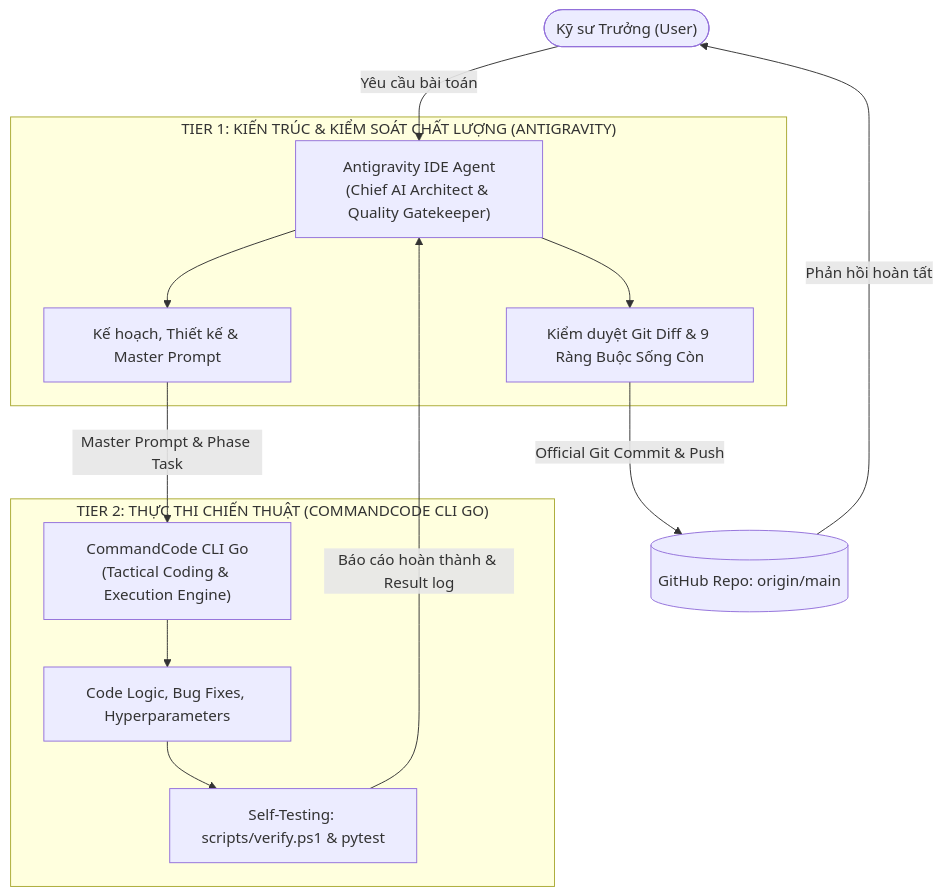
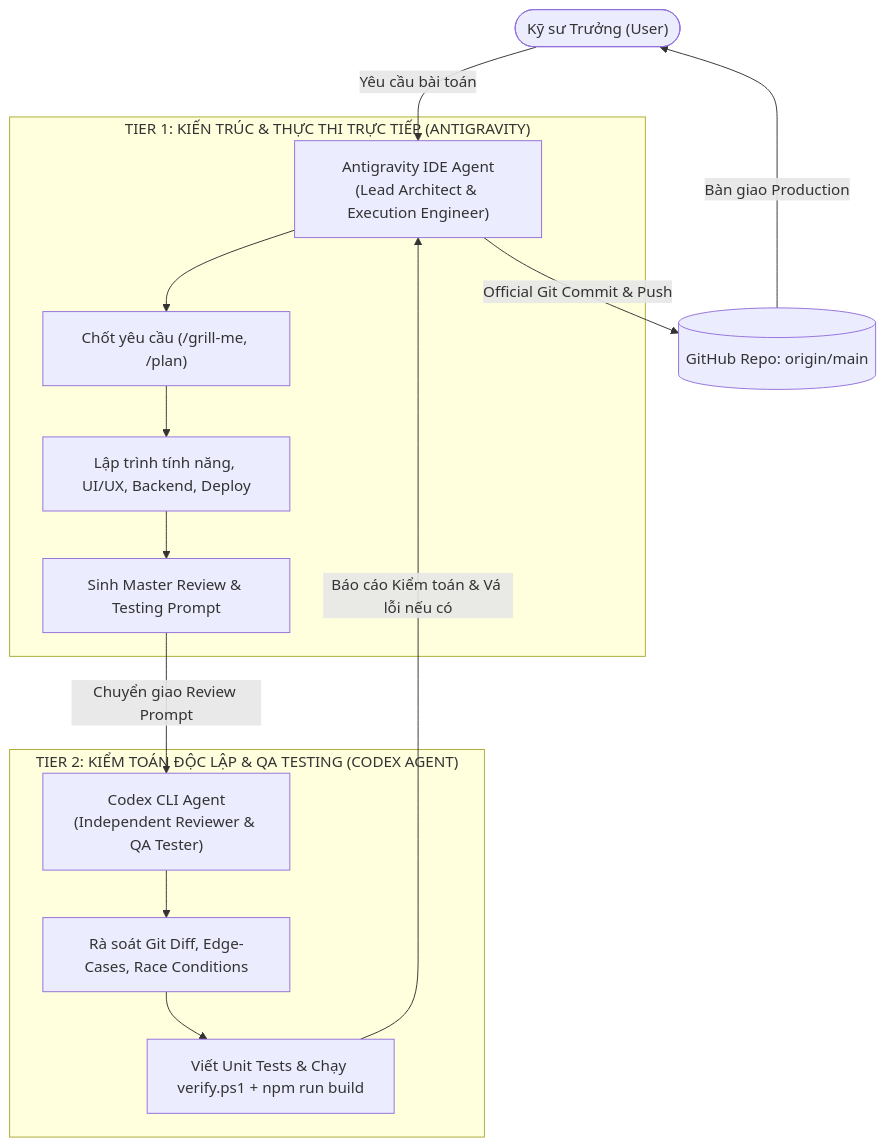
Before and after one commit to philipsgn/LungRay: the first of 2 diagrams in AGENTS.md, drawn with Mermaid. The commit also changed other lines of this file and 1 other file, not shown here.

Commit message:
docs(agents): establish Antigravity (Executor) <-> Codex (Independent Reviewer & QA Tester) workflow

````diff
--- a/AGENTS.md
+++ b/AGENTS.md
@@ -88,28 +89,30 @@
 ```mermaid
 graph TD
     User(["Kỹ sư Trưởng (User)"])
     
-    subgraph GovernanceTier ["TIER 1: KIẾN TRÚC & KIỂM SOÁT CHẤT LƯỢNG (ANTIGRAVITY)"]
-        AG["Antigravity IDE Agent\n(Chief AI Architect & Quality Gatekeeper)"]
-        Plan["Kế hoạch, Thiết kế & Master Prompt"]
-        Gate["Kiểm duyệt Git Diff & 9 Ràng Buộc Sống Còn"]
+    subgraph BuilderTier ["TIER 1: KIẾN TRÚC & THỰC THI TRỰC TIẾP (ANTIGRAVITY)"]
+        AG["Antigravity IDE Agent\n(Lead Architect & Execution Engineer)"]
+        Plan["Chốt yêu cầu (/grill-me, /plan)"]
+        Build["Lập trình tính năng, UI/UX, Backend, Deploy"]
+        Prompt["Sinh Master Review & Testing Prompt"]
     end
 
-    subgraph TacticalTier ["TIER 2: THỰC THI CHIẾN THUẬT (COMMANDCODE CLI GO)"]
-        CC["CommandCode CLI Go\n(Tactical Coding & Execution Engine)"]
-        Code["Code Logic, Bug Fixes, Hyperparameters"]
-        Test["Self-Testing: scripts/verify.ps1 & pytest"]
+    subgraph ReviewerTier ["TIER 2: KIỂM TOÁN ĐỘC LẬP & QA TESTING (CODEX AGENT)"]
+        CX["Codex CLI Agent\n(Independent Reviewer & QA Tester)"]
+        Audit["Rà soát Git Diff, Edge-Cases, Race Conditions"]
+        QA["Viết Unit Tests & Chạy verify.ps1 + npm run build"]
     end
 
     Git[("GitHub Repo: origin/main")]
 
     User -->|Yêu cầu bài toán| AG
     AG --> Plan
-    Plan -->|Master Prompt & Phase Task| CC
-    CC --> Code
-    Code --> Test
-    Test -->|Báo cáo hoàn thành & Result log| AG
-    AG --> Gate
-    Gate -->|Official Git Commit & Push| Git
-    Git -->|Phản hồi hoàn tất| User
+    Plan --> Build
+    Build --> Prompt
+    Prompt -->|Chuyển giao Review Prompt| CX
+    CX --> Audit
+    Audit --> QA
+    QA -->|Báo cáo Kiểm toán & Vá lỗi nếu có| AG
+    AG -->|Official Git Commit & Push| Git
+    Git -->|Bàn giao Production| User
 ```
````
